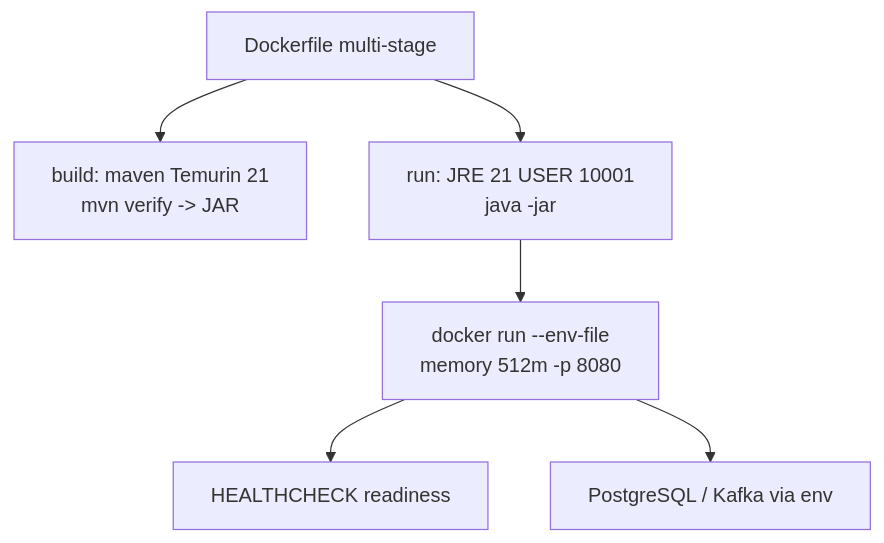
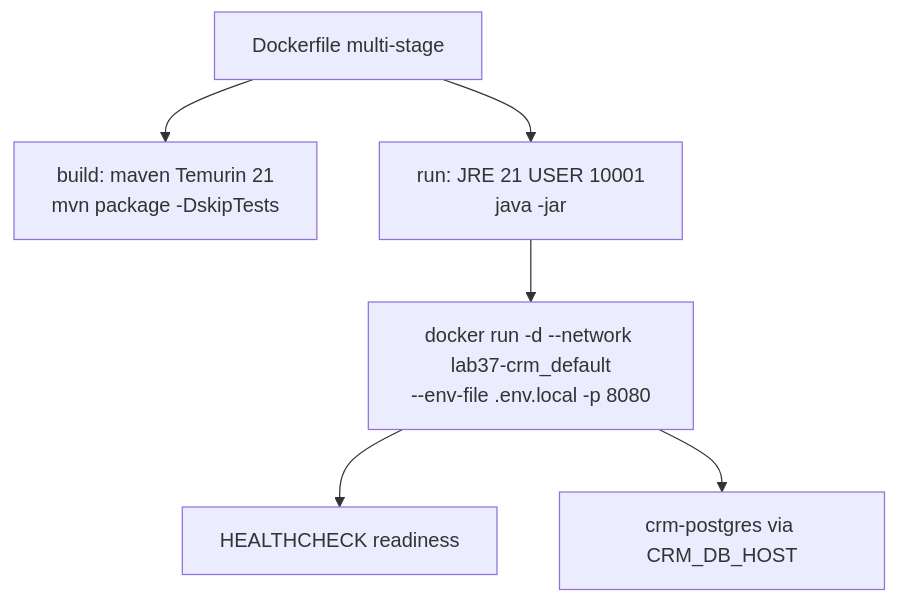
One commit to Innovation-In-Software/bc-sw-engineer-java-participant changed the diagram in labs/Week 5 - DevOps, CI-CD and OpenShift/module-41/lab41/LAB-41-GUIDE.md. Above: the diagram before and after it, drawn with Mermaid. The commit also changed other lines of this file and 18 other files, not shown here.

````diff
--- a/labs/Week 5 - DevOps, CI-CD and OpenShift/module-41/lab41/LAB-41-GUIDE.md
+++ b/labs/Week 5 - DevOps, CI-CD and OpenShift/module-41/lab41/LAB-41-GUIDE.md
@@ -118,8 +136,8 @@
 ```mermaid
 flowchart TB
-  DF["Dockerfile multi-stage"] --> Build["build: maven Temurin 21<br/>mvn verify -> JAR"]
+  DF["Dockerfile multi-stage"] --> Build["build: maven Temurin 21<br/>mvn package -DskipTests"]
   DF --> Run["run: JRE 21 USER 10001<br/>java -jar"]
-  Run --> Docker["docker run --env-file<br/>memory 512m -p 8080"]
+  Run --> Docker["docker run -d --network lab37-crm_default<br/>--env-file .env.local -p 8080"]
   Docker --> HC["HEALTHCHECK readiness"]
-  Docker --> Ext["PostgreSQL / Kafka via env"]
+  Docker --> Ext["crm-postgres via CRM_DB_HOST"]
 ```
````
